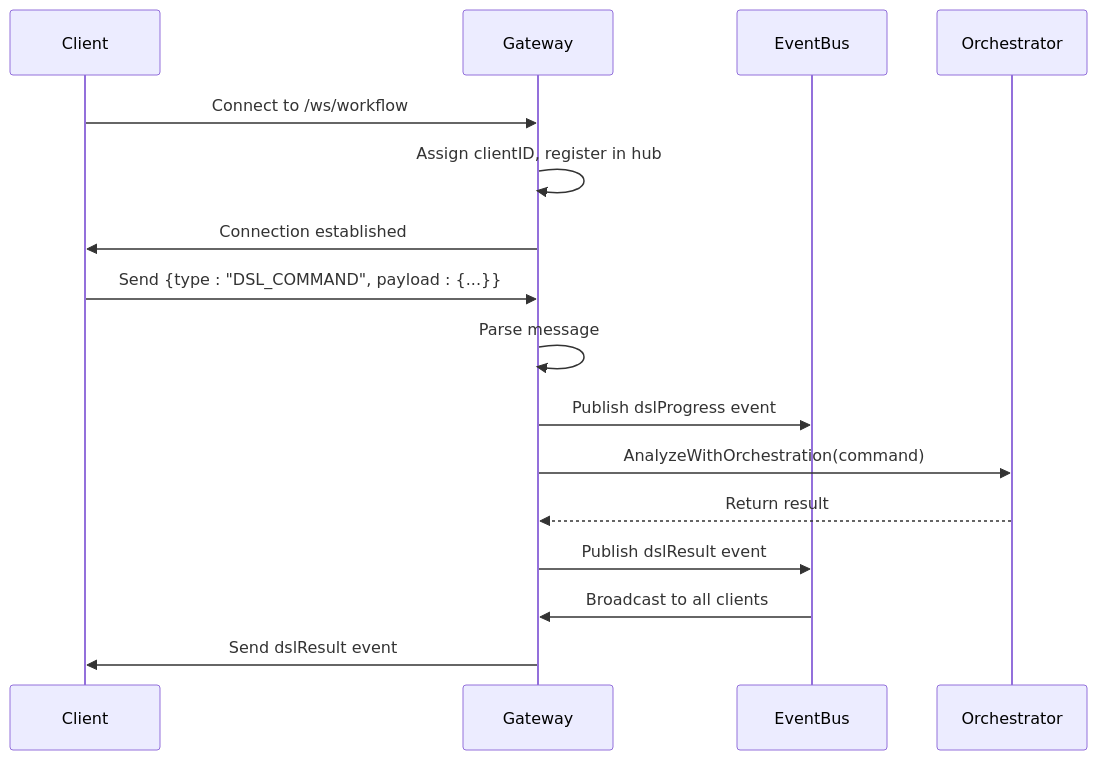
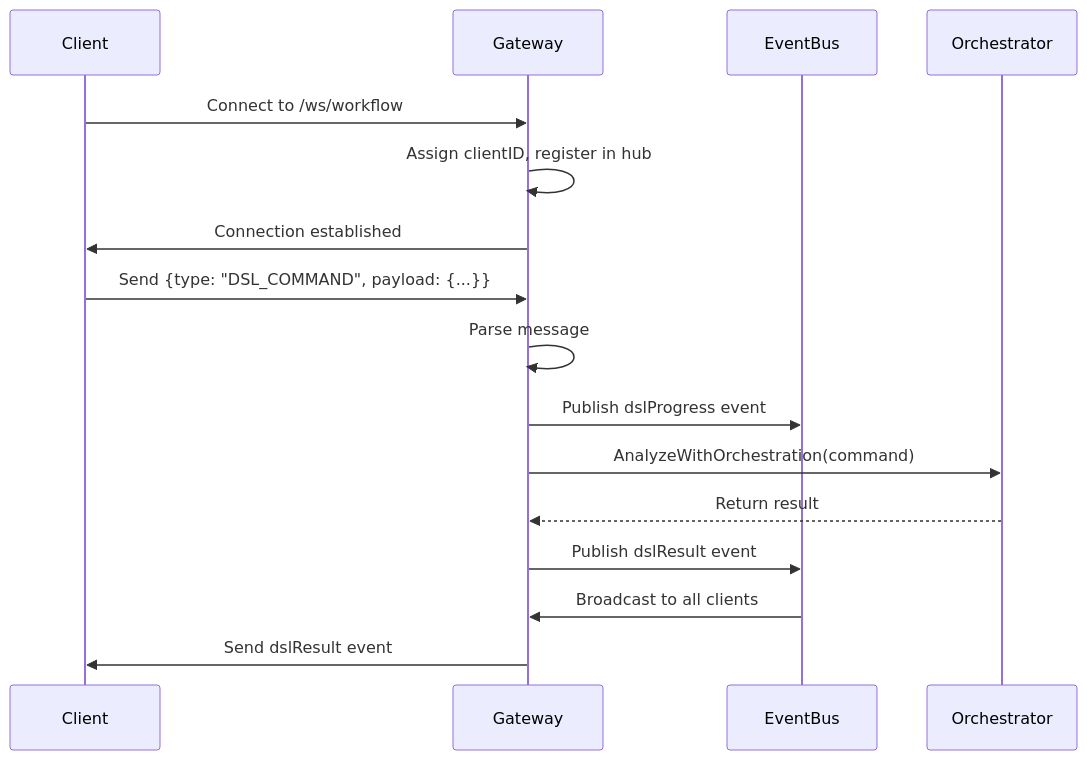
One commit to prxs-ai/praxis-go-sdk changed the first of 2 diagrams in docs/API Reference.md. Above: the diagram before and after it, drawn with Mermaid. The commit also changed other lines of this file and 33 other files, not shown here.

````diff
--- a/docs/API Reference.md
+++ b/docs/API Reference.md
@@ -189,18 +189,18 @@
 ```mermaid
 sequenceDiagram
 participant Client
 participant Gateway
 participant EventBus
 participant Orchestrator
-Client->>Gateway : Connect to /ws/workflow
-Gateway->>Gateway : Assign clientID, register in hub
-Gateway->>Client : Connection established
-Client->>Gateway : Send {type : "DSL_COMMAND", payload : {...}}
-Gateway->>Gateway : Parse message
-Gateway->>EventBus : Publish dslProgress event
-Gateway->>Orchestrator : AnalyzeWithOrchestration(command)
-Orchestrator-->>Gateway : Return result
-Gateway->>EventBus : Publish dslResult event
-EventBus->>Gateway : Broadcast to all clients
-Gateway->>Client : Send dslResult event
+Client->>Gateway: Connect to /ws/workflow
+Gateway->>Gateway: Assign clientID, register in hub
+Gateway->>Client: Connection established
+Client->>Gateway: Send {type: "DSL_COMMAND", payload: {...}}
+Gateway->>Gateway: Parse message
+Gateway->>EventBus: Publish dslProgress event
+Gateway->>Orchestrator: AnalyzeWithOrchestration(command)
+Orchestrator-->>Gateway: Return result
+Gateway->>EventBus: Publish dslResult event
+EventBus->>Gateway: Broadcast to all clients
+Gateway->>Client: Send dslResult event
 ```
````
